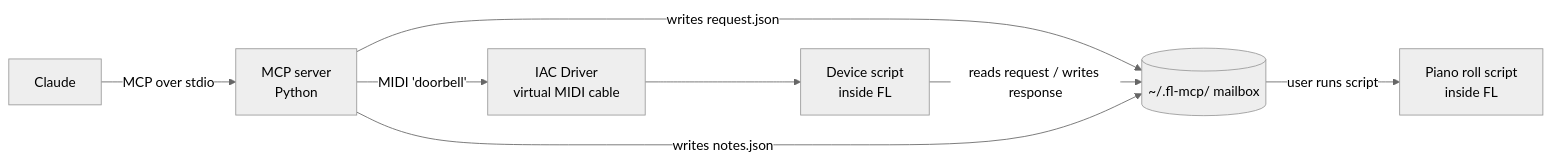
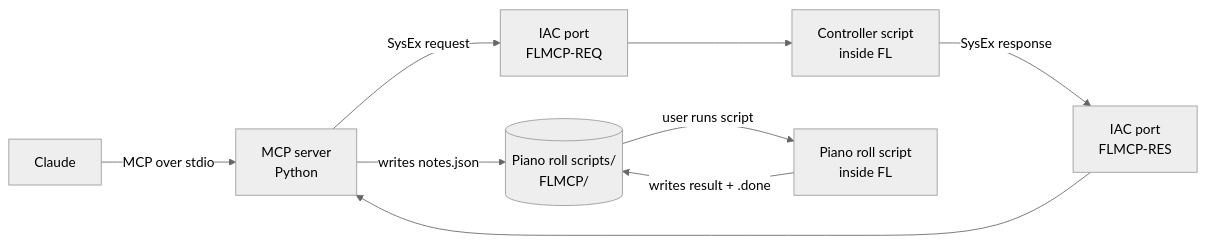
One commit to moulibheemaneti/fl-studio-mcp changed the diagram in README.md. Above: the diagram before and after it, drawn with Mermaid (neutral theme). The commit also changed other lines of this file and 14 other files, not shown here.

````diff
--- a/README.md
+++ b/README.md
@@ -52,10 +58,11 @@
 ```mermaid
 flowchart LR
     C[Claude] -->|MCP over stdio| S[MCP server<br/>Python]
-    S -->|writes request.json| M[(~/.fl-mcp/ mailbox)]
-    S -->|MIDI 'doorbell'| I[IAC Driver<br/>virtual MIDI cable]
-    I --> D[Device script<br/>inside FL]
-    D -->|reads request / writes response| M
-    S -->|writes notes.json| M
-    M -->|user runs script| P[Piano roll script<br/>inside FL]
+    S -->|SysEx request| REQ[IAC port<br/>FLMCP-REQ]
+    REQ --> D[Controller script<br/>inside FL]
+    D -->|SysEx response| RES[IAC port<br/>FLMCP-RES]
+    RES --> S
+    S -->|writes notes.json| N[("Piano roll scripts/<br/>FLMCP/")]
+    N -->|user runs script| P[Piano roll script<br/>inside FL]
+    P -->|writes result + .done| N
 ```
````
